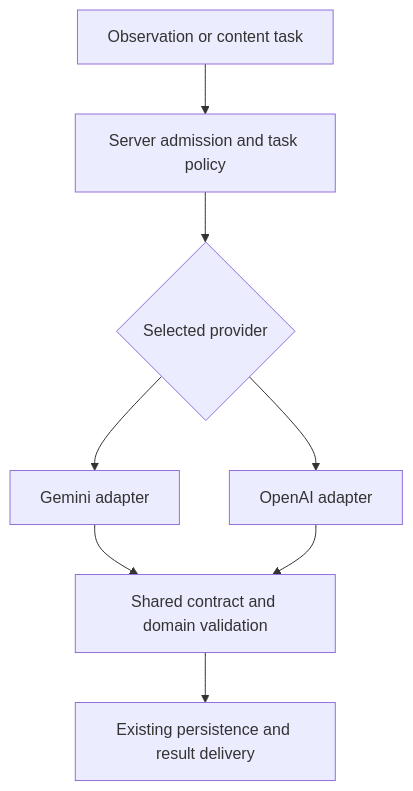
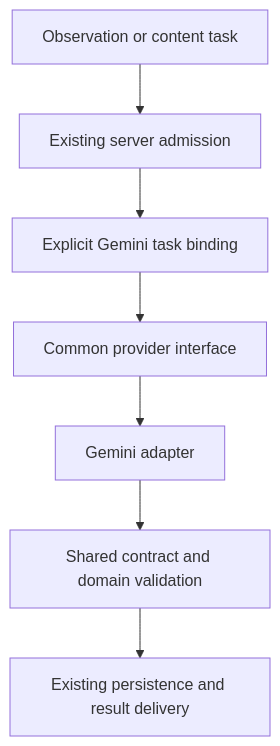
Before and after one commit to emreerdener/merian: the diagram in docs/rfcs/identification-foundation-srd.md, drawn with Mermaid. The commit also changed other lines of this file and 75 other files, not shown here.

````diff
--- a/docs/rfcs/identification-foundation-srd.md
+++ b/docs/rfcs/identification-foundation-srd.md
@@ -53,10 +76,9 @@
 ```mermaid
 flowchart TD
-    Input[Observation or content task] --> Admission[Server admission and task policy]
-    Admission --> Choice{Selected provider}
-    Choice --> Gemini[Gemini adapter]
-    Choice --> OpenAI[OpenAI adapter]
+    Input[Observation or content task] --> Admission[Existing server admission]
+    Admission --> Binding[Explicit Gemini task binding]
+    Binding --> Interface[Common provider interface]
+    Interface --> Gemini[Gemini adapter]
     Gemini --> Validate[Shared contract and domain validation]
-    OpenAI --> Validate
     Validate --> Final[Existing persistence and result delivery]
 ```
````
